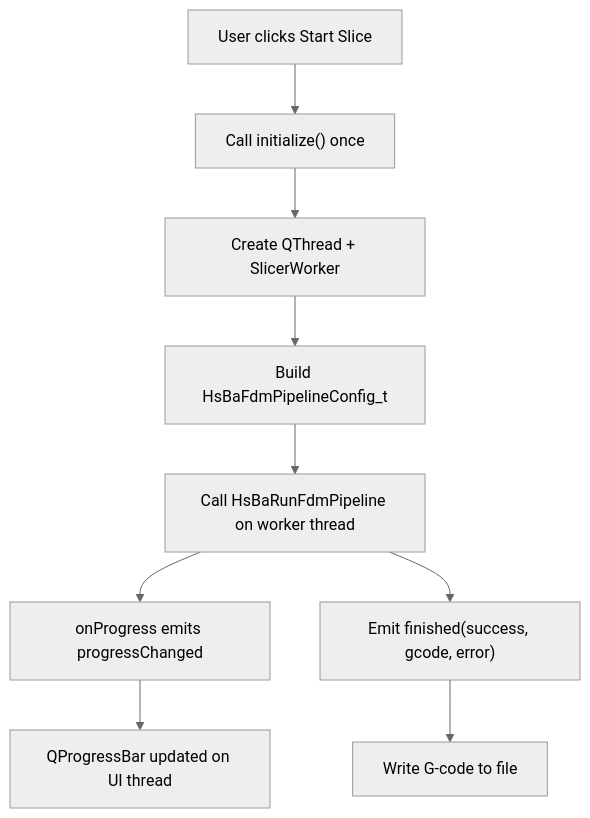
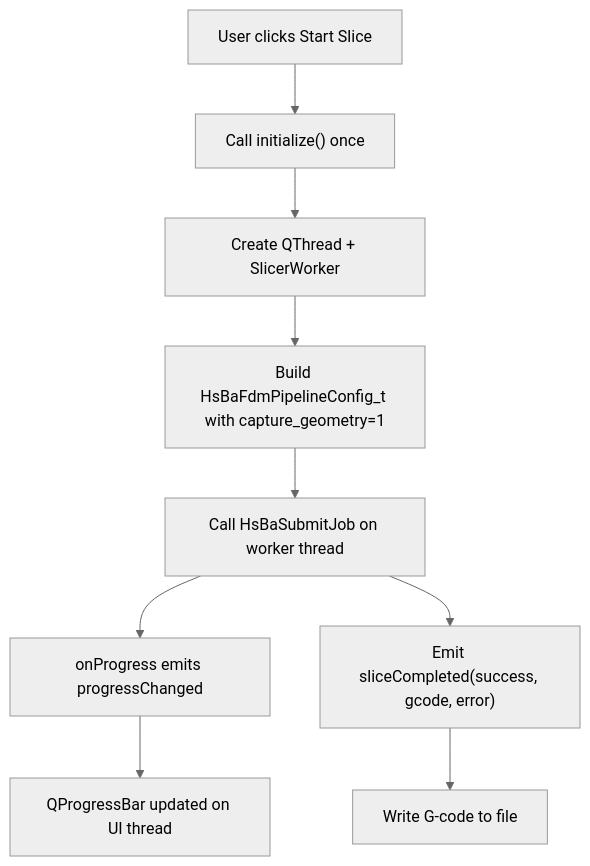
The fifth of 10 diagrams in .qoder/repowiki/en/content/Integration Guide/Integration Guide.md (hsmbanlance/HsBaSlicer), drawn with Mermaid (neutral theme) before and after one commit. The commit also changed other lines of this file and 101 other files, not shown here.

````diff
--- a/.qoder/repowiki/en/content/Integration Guide/Integration Guide.md
+++ b/.qoder/repowiki/en/content/Integration Guide/Integration Guide.md
@@ -208,11 +416,11 @@
 ```mermaid
 flowchart TD
 Start["User clicks Start Slice"] --> Init["Call initialize() once"]
 Init --> Worker["Create QThread + SlicerWorker"]
-Worker --> BuildCfg["Build HsBaFdmPipelineConfig_t"]
-BuildCfg --> RunSync["Call HsBaRunFdmPipeline on worker thread"]
+Worker --> BuildCfg["Build HsBaFdmPipelineConfig_t with capture_geometry=1"]
+BuildCfg --> RunSync["Call HsBaSubmitJob on worker thread"]
 RunSync --> Progress["onProgress emits progressChanged"]
 Progress --> UI["QProgressBar updated on UI thread"]
-RunSync --> Finish["Emit finished(success, gcode, error)"]
+RunSync --> Finish["Emit sliceCompleted(success, gcode, error)"]
 Finish --> Save["Write G-code to file"]
 ```
````
